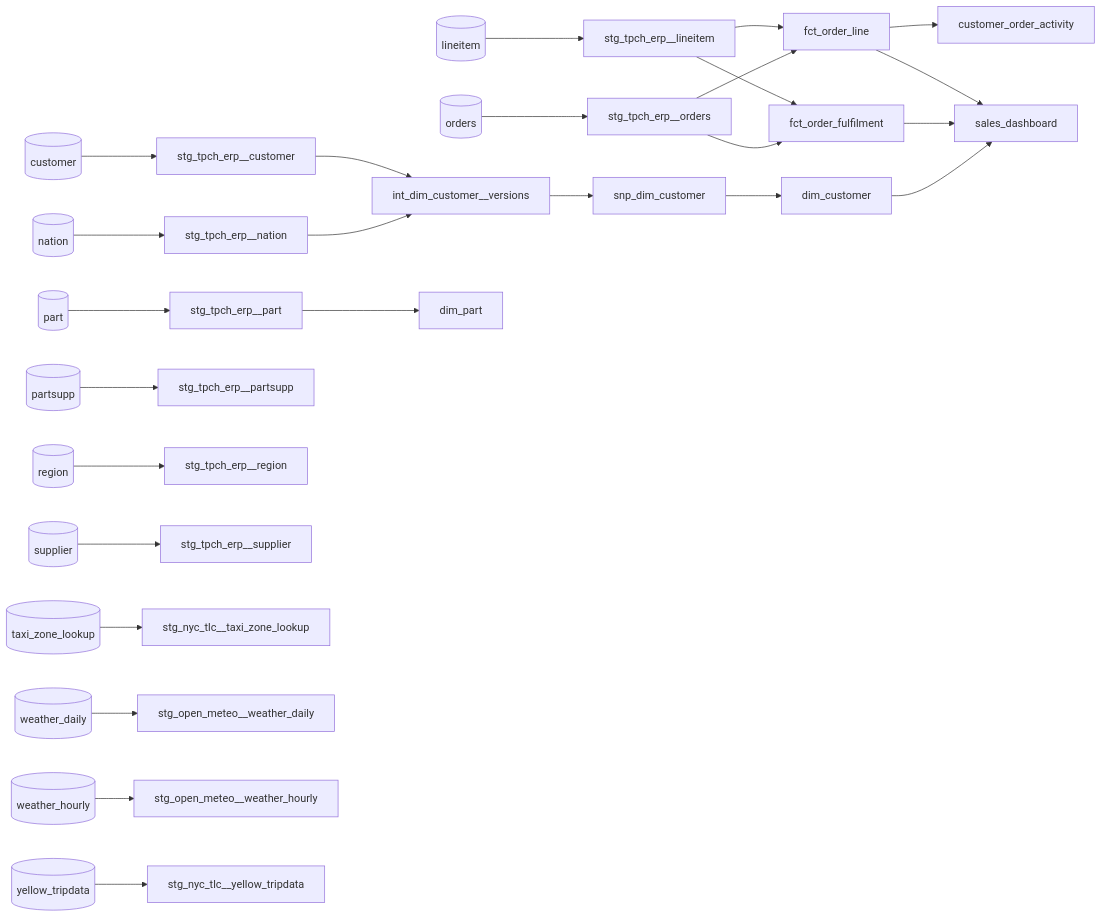
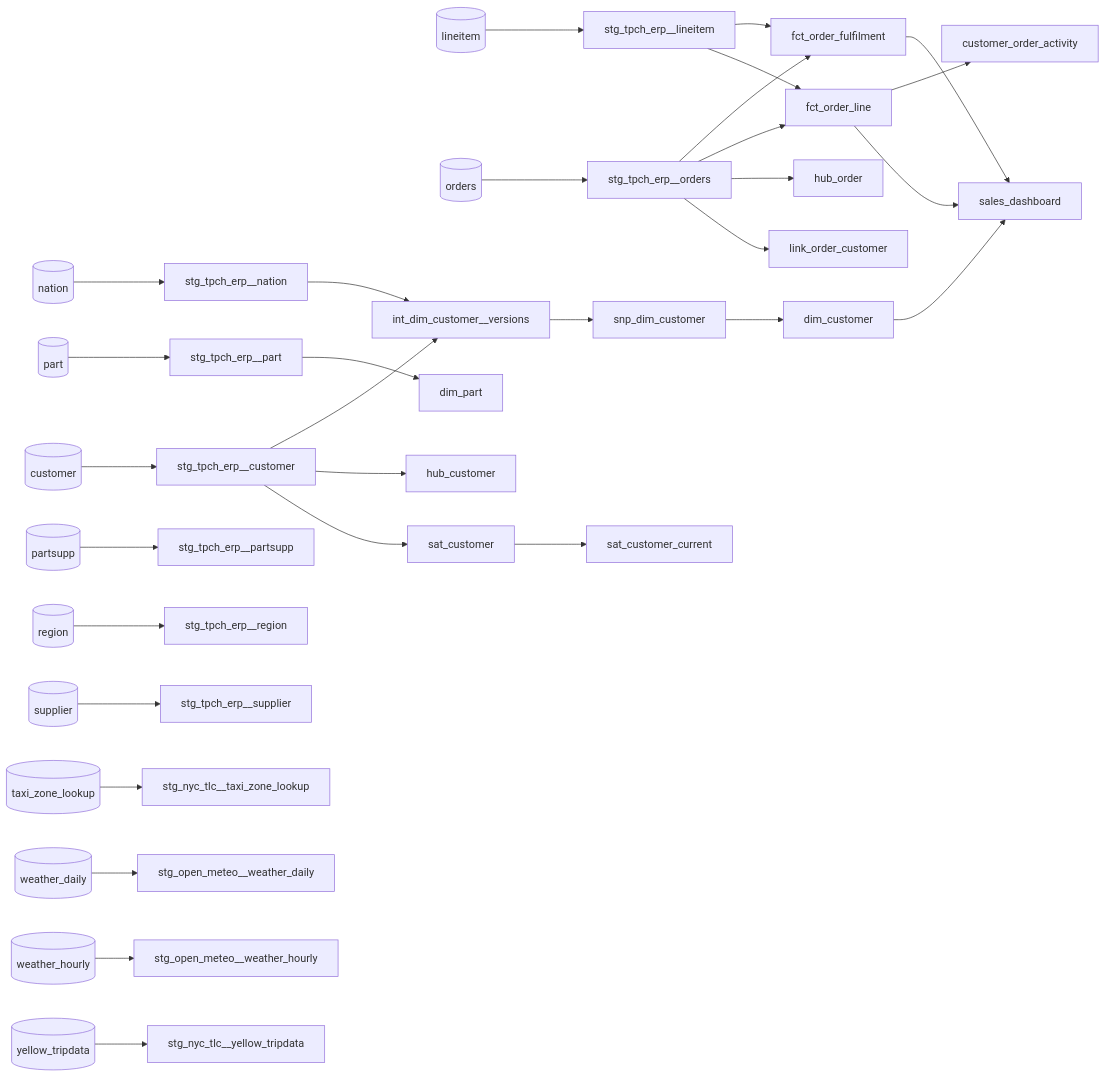
One commit to murakumo-data/murakumo changed the diagram in examples/commerce/generated/guide/09-reference.md. Above: the diagram before and after it, drawn with Mermaid. The commit also changed 73 other files, not shown here.

````diff
--- a/examples/commerce/generated/guide/09-reference.md
+++ b/examples/commerce/generated/guide/09-reference.md
@@ -29,28 +29,33 @@
 ```mermaid
 flowchart LR
   raw_customer[(customer)] --> stg_tpch_erp__customer
   raw_lineitem[(lineitem)] --> stg_tpch_erp__lineitem
   raw_nation[(nation)] --> stg_tpch_erp__nation
   raw_orders[(orders)] --> stg_tpch_erp__orders
   raw_part[(part)] --> stg_tpch_erp__part
   raw_partsupp[(partsupp)] --> stg_tpch_erp__partsupp
   raw_region[(region)] --> stg_tpch_erp__region
   raw_supplier[(supplier)] --> stg_tpch_erp__supplier
   raw_taxi_zone_lookup[(taxi_zone_lookup)] --> stg_nyc_tlc__taxi_zone_lookup
   raw_weather_daily[(weather_daily)] --> stg_open_meteo__weather_daily
   raw_weather_hourly[(weather_hourly)] --> stg_open_meteo__weather_hourly
   raw_yellow_tripdata[(yellow_tripdata)] --> stg_nyc_tlc__yellow_tripdata
   fct_order_line --> customer_order_activity
   stg_tpch_erp__customer --> int_dim_customer__versions
   stg_tpch_erp__nation --> int_dim_customer__versions
   snp_dim_customer --> dim_customer
   stg_tpch_erp__part --> dim_part
   stg_tpch_erp__lineitem --> fct_order_fulfilment
   stg_tpch_erp__orders --> fct_order_fulfilment
   stg_tpch_erp__lineitem --> fct_order_line
   stg_tpch_erp__orders --> fct_order_line
+  stg_tpch_erp__customer --> hub_customer
+  stg_tpch_erp__orders --> hub_order
+  stg_tpch_erp__orders --> link_order_customer
+  stg_tpch_erp__customer --> sat_customer
+  sat_customer --> sat_customer_current
   int_dim_customer__versions --> snp_dim_customer
   fct_order_line --> x_sales_dashboard["sales_dashboard"]
   fct_order_fulfilment --> x_sales_dashboard["sales_dashboard"]
   dim_customer --> x_sales_dashboard["sales_dashboard"]
 ```
````
